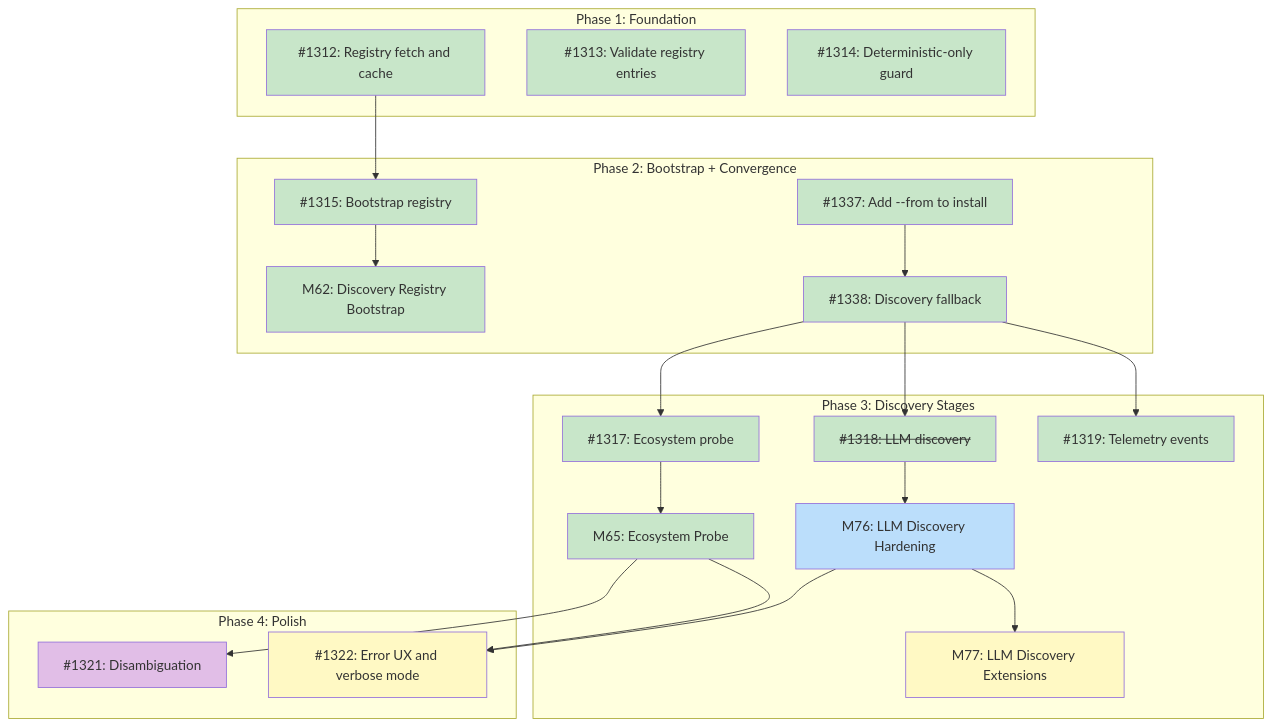
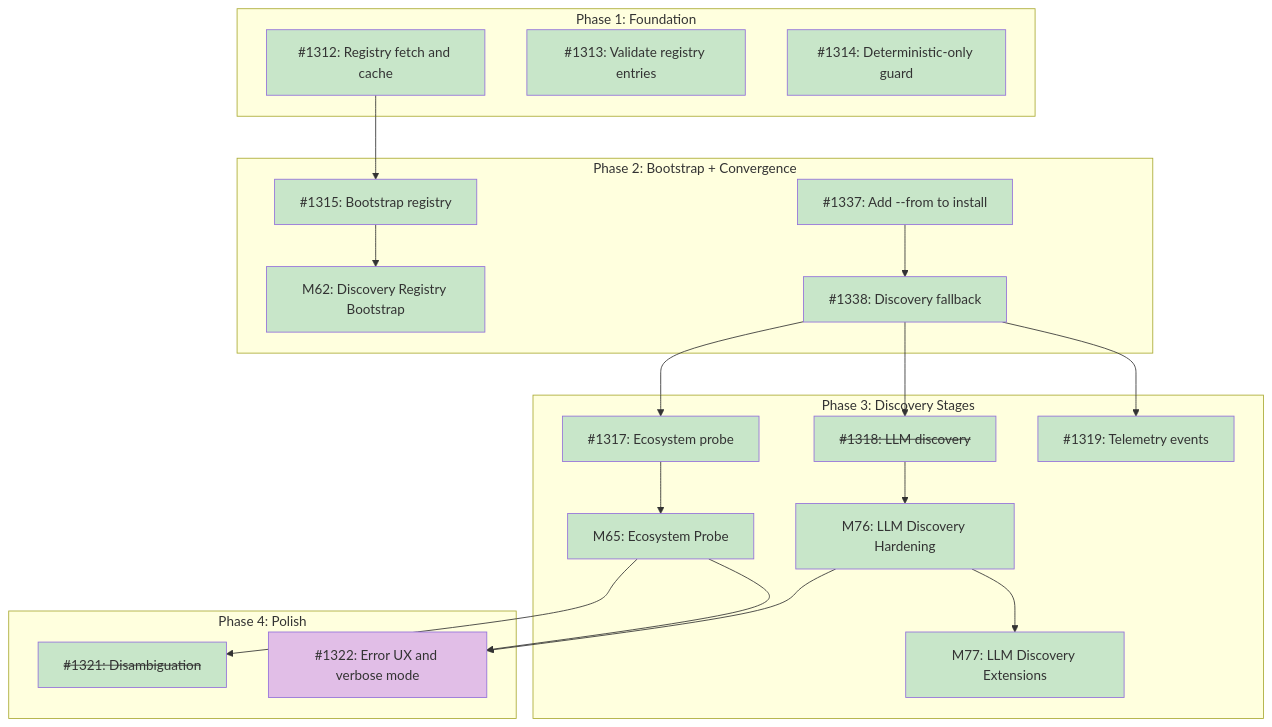
The diagram in docs/designs/DESIGN-discovery-resolver.md (tsukumogami/tsuku), drawn with Mermaid before and after one commit. The commit also changed other lines of this file and 2 other files, not shown here.

Commit message:
docs(disambiguation): add design and implementation issues (#1647)
Add design document for disambiguation of multiple ecosystem matches.

This design addresses issue #1321 and implements the "Disambiguation
Strategy"
section of DESIGN-discovery-resolver.md.

Key design decisions:
- Popularity-based auto-select with >10x threshold plus secondary
signals
  (version count ≥3, has repository)
- Prompt when popularity data is missing - never auto-select on priority
alone
- Typosquatting detection via Levenshtein distance ≤2 against registry
entries
- Batch pipeline tracking with HighRisk flag for priority-fallback
selections

Added implementation issues under milestone "Ecosystem Disambiguation"
(M81):
- #1648-#1655 covering core logic, typosquatting,
interactive/non-interactive
  modes, and batch integration

````diff
--- a/docs/designs/DESIGN-discovery-resolver.md
+++ b/docs/designs/DESIGN-discovery-resolver.md
@@ -68,60 +68,60 @@
 ```mermaid
 graph TD
     subgraph Phase1["Phase 1: Foundation"]
         I1312["#1312: Registry fetch and cache"]
         I1313["#1313: Validate registry entries"]
         I1314["#1314: Deterministic-only guard"]
     end
 
     subgraph Phase2["Phase 2: Bootstrap + Convergence"]
         M62["M62: Discovery Registry Bootstrap"]
         I1315["#1315: Bootstrap registry"]
         I1337["#1337: Add --from to install"]
         I1338["#1338: Discovery fallback"]
     end
 
     subgraph Phase3["Phase 3: Discovery Stages"]
         I1317["#1317: Ecosystem probe"]
         M65["M65: Ecosystem Probe"]
         I1318["<s>#1318: LLM discovery</s>"]
         M76["M76: LLM Discovery Hardening"]
         M77["M77: LLM Discovery Extensions"]
         I1319["#1319: Telemetry events"]
     end
 
     subgraph Phase4["Phase 4: Polish"]
-        I1321["#1321: Disambiguation"]
+        I1321["<s>#1321: Disambiguation</s>"]
         I1322["#1322: Error UX and verbose mode"]
     end
 
     I1312 --> I1315
     I1315 --> M62
     I1337 --> I1338
     I1338 --> I1317
     I1317 --> M65
     I1338 --> I1318
     I1318 --> M76
     M76 --> M77
     I1338 --> I1319
     M65 --> I1321
     M65 --> I1322
     M76 --> I1322
 
     classDef done fill:#c8e6c9
     classDef ready fill:#bbdefb
     classDef blocked fill:#fff9c4
     classDef needsDesign fill:#e1bee7
 
     class I1312,I1313,I1314 done
     class I1337,I1338 done
     class I1319 done
     class I1317 done
     class I1318 done
-    class M76 ready
-    class M77 blocked
+    class M76 done
+    class M77 done
     class M65 done
     class M62 done
     class I1315 done
-    class I1321 needsDesign
-    class I1322 blocked
+    class I1321 done
+    class I1322 needsDesign
 ```
````
